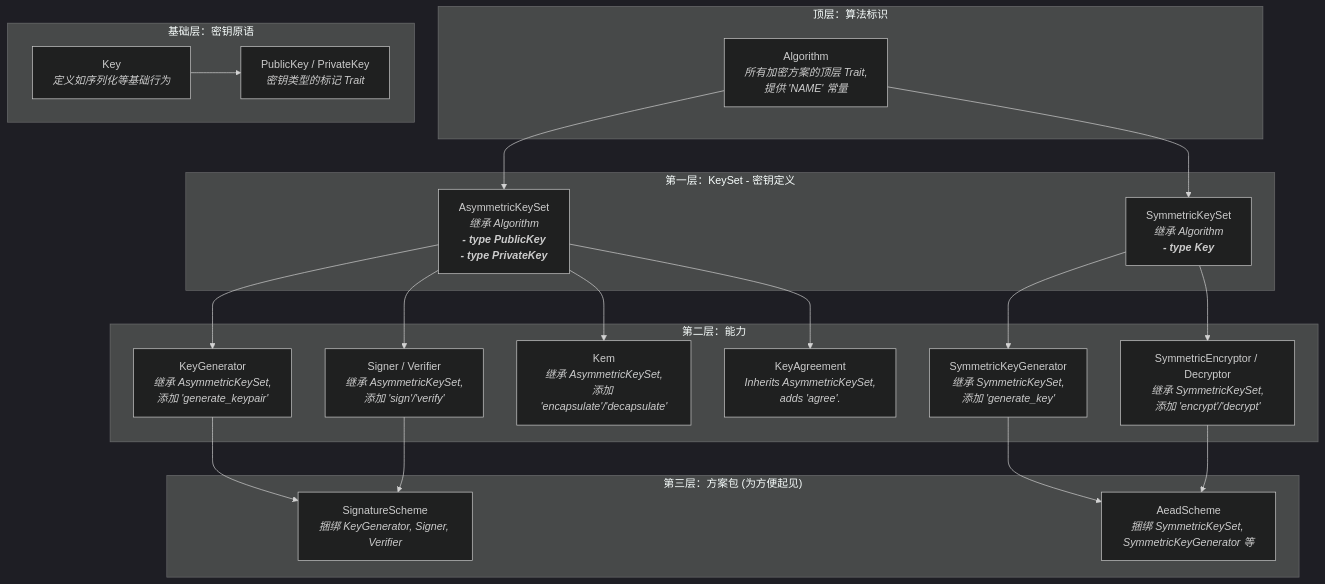
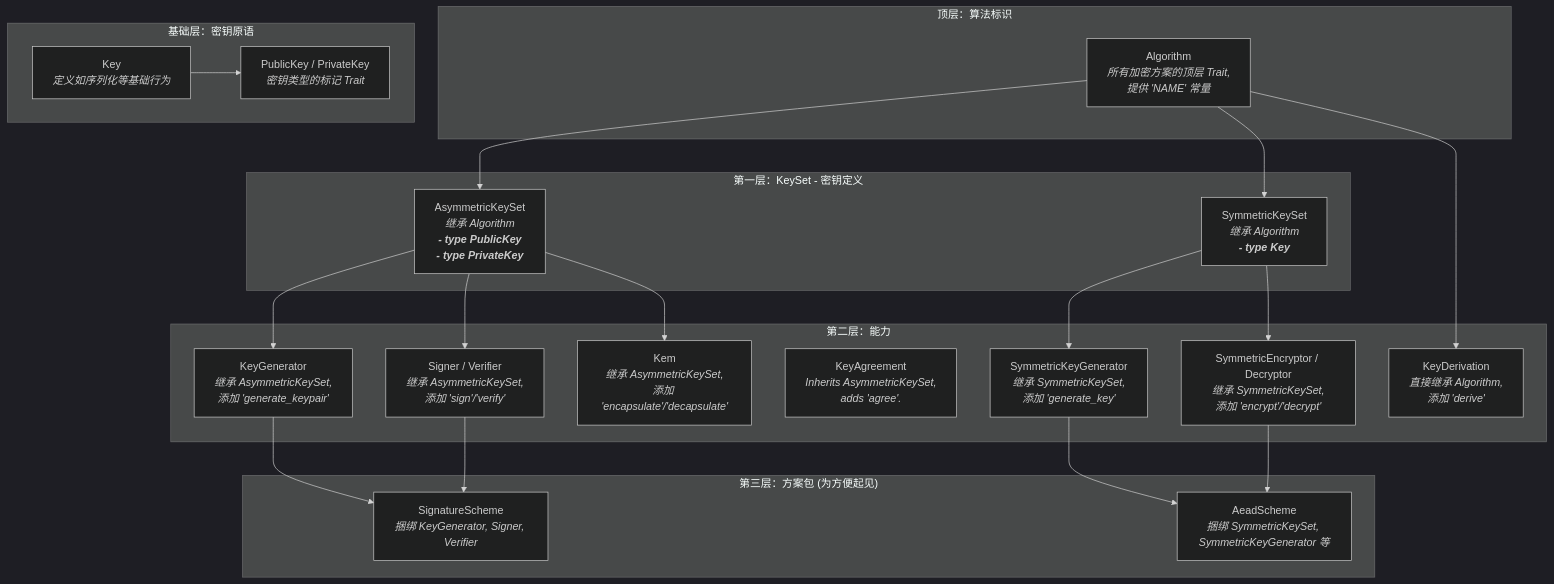
One commit to ShaoG-R/seal-crypto changed the diagram in README_CN.md. Above: the diagram before and after it, drawn with Mermaid (dark theme). The commit also changed other lines of this file and 18 other files, not shown here.

````diff
--- a/README_CN.md
+++ b/README_CN.md
@@ -82,46 +82,47 @@
 ```mermaid
 graph TD
     subgraph "顶层：算法标识"
         Z["Algorithm<br/><i>所有加密方案的顶层 Trait,<br/>提供 'NAME' 常量</i>"]
     end
 
     subgraph "基础层：密钥原语"
         A["Key<br/><i>定义如序列化等基础行为</i>"]
         B["PublicKey / PrivateKey<br/><i>密钥类型的标记 Trait</i>"]
     end
 
     subgraph "第一层：KeySet - 密钥定义"
         C["AsymmetricKeySet<br/><i>继承 Algorithm<br/><b>- type PublicKey<br/>- type PrivateKey</b></i>"]
         D["SymmetricKeySet<br/><i>继承 Algorithm<br/><b>- type Key</b></i>"]
     end
 
     subgraph "第二层：能力"
         F["KeyGenerator<br/><i>继承 AsymmetricKeySet,<br/>添加 'generate_keypair'</i>"]
         G["Signer / Verifier<br/><i>继承 AsymmetricKeySet,<br/>添加 'sign'/'verify'</i>"]
         H["Kem<br/><i>继承 AsymmetricKeySet,<br/>添加 'encapsulate'/'decapsulate'</i>"]
         M["KeyAgreement<br/><i>Inherits AsymmetricKeySet,<br/>adds 'agree'.</i>"]
         I["SymmetricKeyGenerator<br/><i>继承 SymmetricKeySet,<br/>添加 'generate_key'</i>"]
         J["SymmetricEncryptor / Decryptor<br/><i>继承 SymmetricKeySet,<br/>添加 'encrypt'/'decrypt'</i>"]
+        N["KeyDerivation<br/><i>直接继承 Algorithm,<br/>添加 'derive'</i>"]
     end
     
     subgraph "第三层：方案包 (为方便起见)"
         K["SignatureScheme<br/><i>捆绑 KeyGenerator, Signer, Verifier</i>"]
         L["AeadScheme<br/><i>捆绑 SymmetricKeySet, SymmetricKeyGenerator 等</i>"]
     end
 
     A --> B
 
     Z --> C
     Z --> D
+    Z --> N
     
     C --> F
     C --> G
     C --> H
-    C --> M
     
     F & G --> K
 
     D --> I
     D --> J
     I & J --> L
 ```
````
